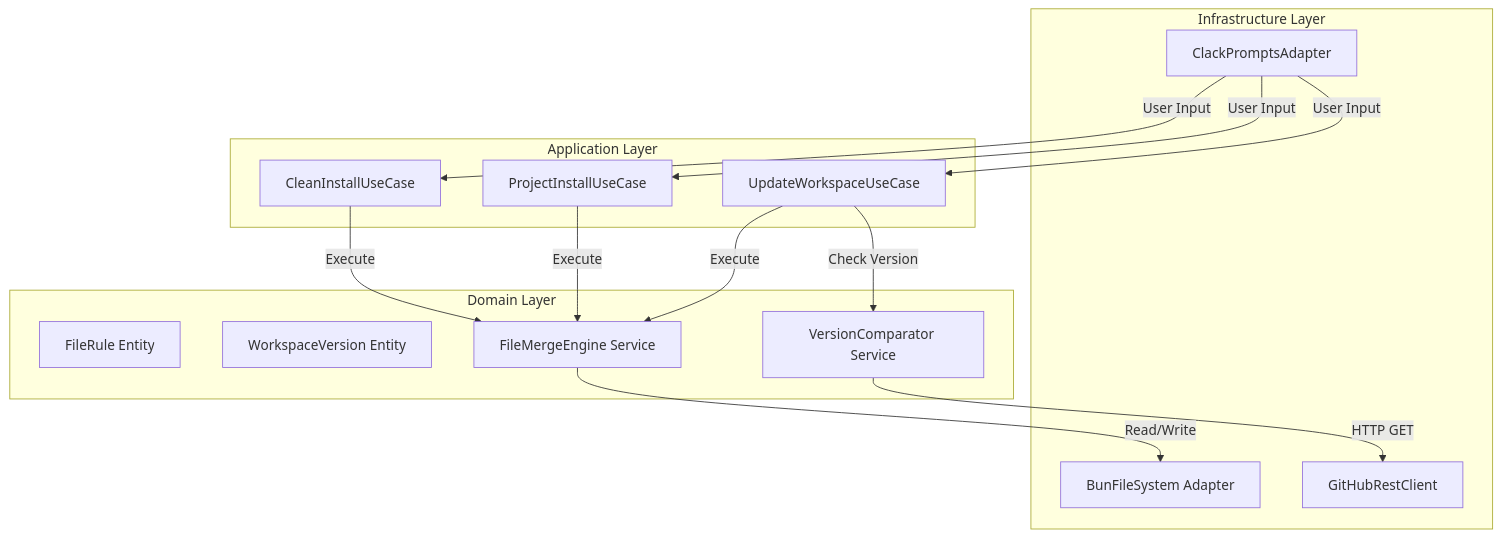
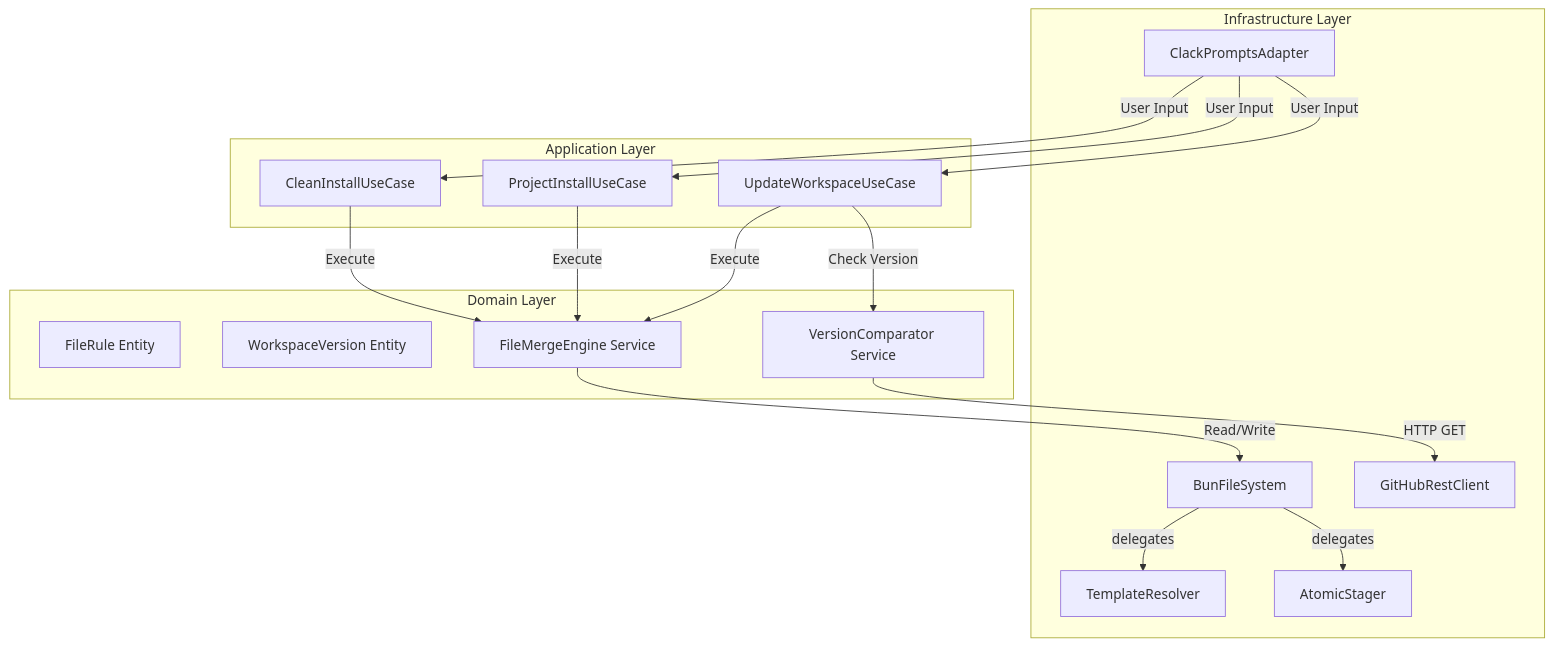
One commit to Fisherk2/codice-opencode changed the diagram in docs/ARCHITECTURE.md. Above: the diagram before and after it, drawn with Mermaid. The commit also changed other lines of this file and 1 other file, not shown here.

Commit message:
docs: update WORKFLOW.md and ARCHITECTURE.md with F4.6 refactoring and F5 planning

````diff
--- a/docs/ARCHITECTURE.md
+++ b/docs/ARCHITECTURE.md
@@ -18,33 +20,38 @@
 ```mermaid
 graph TD
     subgraph "Infrastructure Layer"
-        FS[BunFileSystem Adapter]
+        FS[BunFileSystem]
+        TR[TemplateResolver]
+        AS[AtomicStager]
         GH[GitHubRestClient]
         TUI[ClackPromptsAdapter]
+
+        FS -->|delegates| TR
+        FS -->|delegates| AS
     end
 
     subgraph "Application Layer"
         UC1[CleanInstallUseCase]
         UC2[ProjectInstallUseCase]
         UC3[UpdateWorkspaceUseCase]
     end
 
     subgraph "Domain Layer"
         ENT1[FileRule Entity]
         ENT2[WorkspaceVersion Entity]
         SRV1[FileMergeEngine Service]
         SRV2[VersionComparator Service]
     end
 
     TUI -->|User Input| UC1
     TUI -->|User Input| UC2
     TUI -->|User Input| UC3
     
     UC1 -->|Execute| SRV1
     UC2 -->|Execute| SRV1
     UC3 -->|Check Version| SRV2
     UC3 -->|Execute| SRV1
     
     SRV1 -->|Read/Write| FS
     SRV2 -->|HTTP GET| GH
 ```
````
